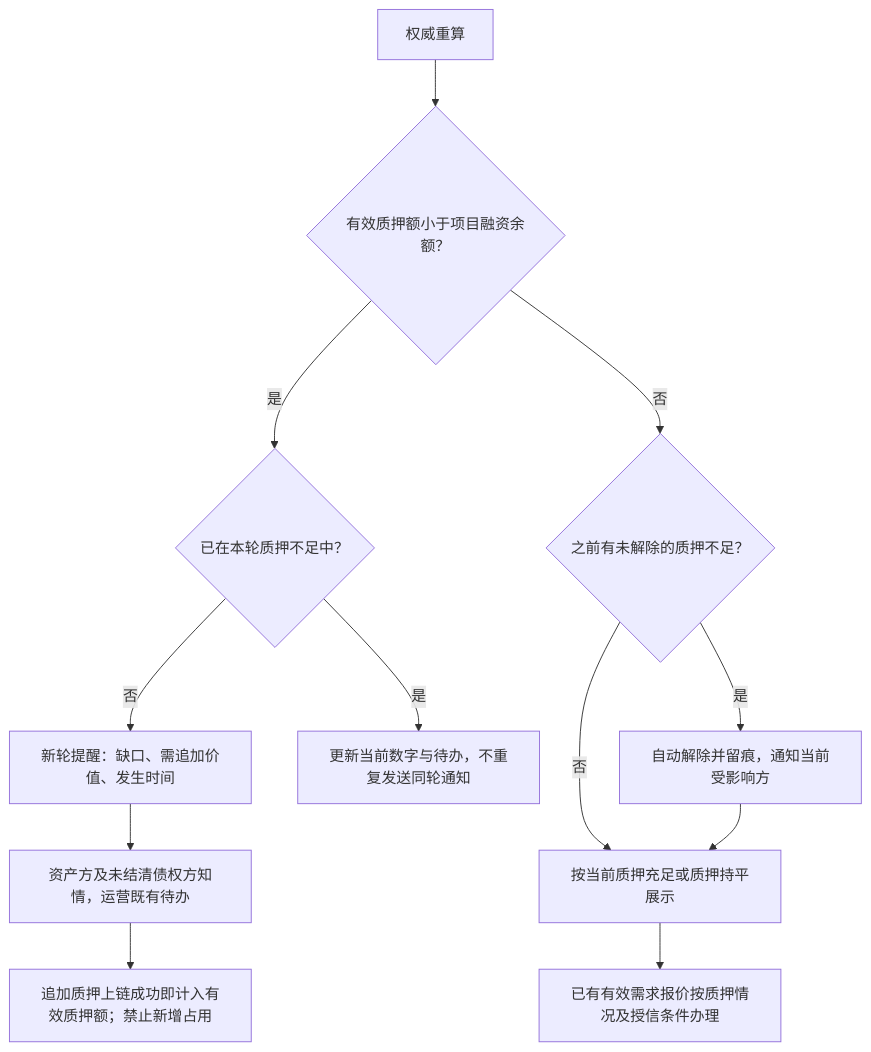
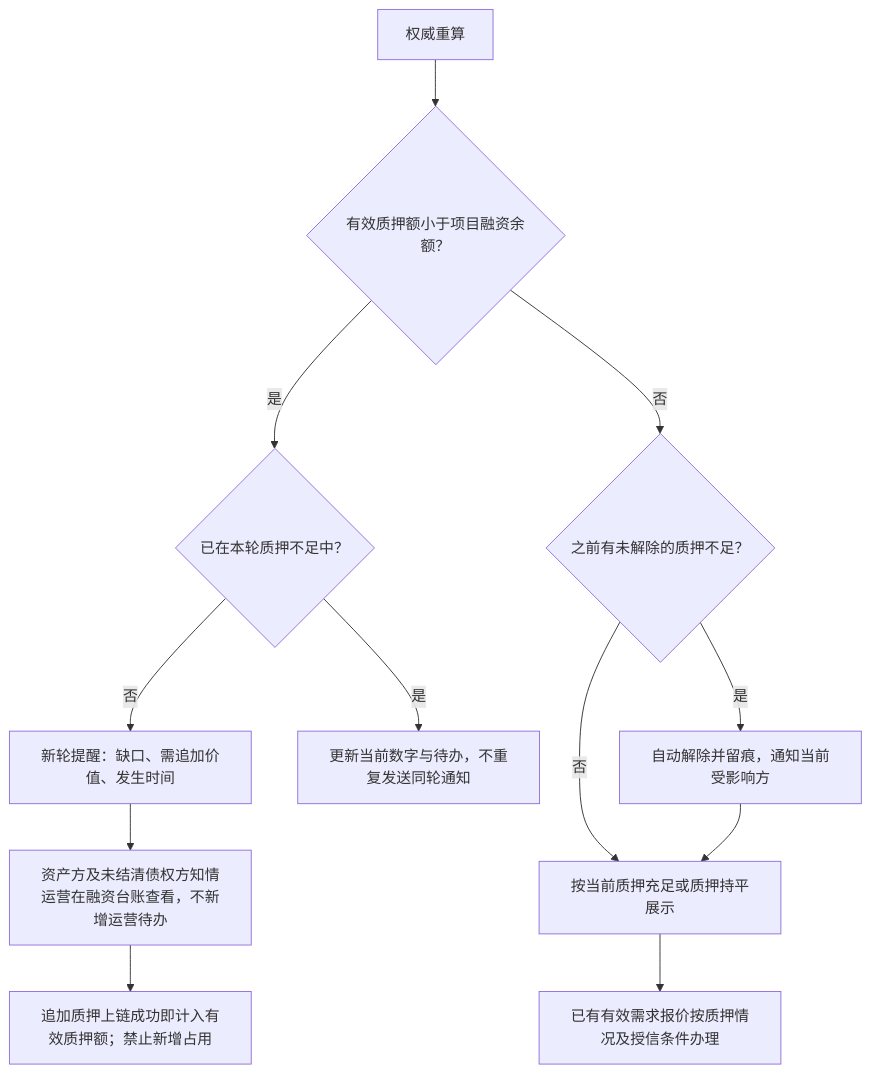
One commit to wxblockchain/Chain-Financing changed the sixth of 11 diagrams in lending-platform/PRD/面客端/05-借贷广场-融资需求与代币质押/02-融资需求与代币质押-流程图与状态机.md. Above: the diagram before and after it, drawn with Mermaid. The commit also changed other lines of this file and 21 other files, not shown here.

````diff
--- a/lending-platform/PRD/面客端/05-借贷广场-融资需求与代币质押/02-融资需求与代币质押-流程图与状态机.md
+++ b/lending-platform/PRD/面客端/05-借贷广场-融资需求与代币质押/02-融资需求与代币质押-流程图与状态机.md
@@ -184,14 +187,14 @@
 ```mermaid
 flowchart TD
   A["权威重算"] --> B{"有效质押额小于项目融资余额？"}
   B -- 是 --> C{"已在本轮质押不足中？"}
   C -- 否 --> D["新轮提醒：缺口、需追加价值、发生时间"]
-  D --> E["资产方及未结清债权方知情，运营既有待办"]
+  D --> E["资产方及未结清债权方知情<br/>运营在融资台账查看，不新增运营待办"]
   E --> F["追加质押上链成功即计入有效质押额；禁止新增占用"]
   C -- 是 --> G["更新当前数字与待办，不重复发送同轮通知"]
   B -- 否 --> H{"之前有未解除的质押不足？"}
   H -- 是 --> I["自动解除并留痕，通知当前受影响方"]
   H -- 否 --> J["按当前质押充足或质押持平展示"]
   I --> J
   J --> K["已有有效需求报价按质押情况及授信条件办理"]
 ```
````
